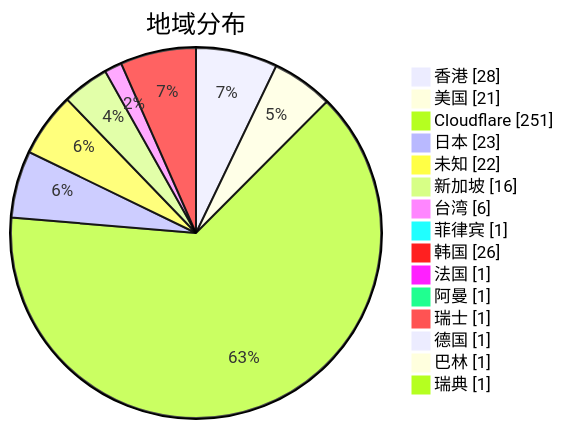
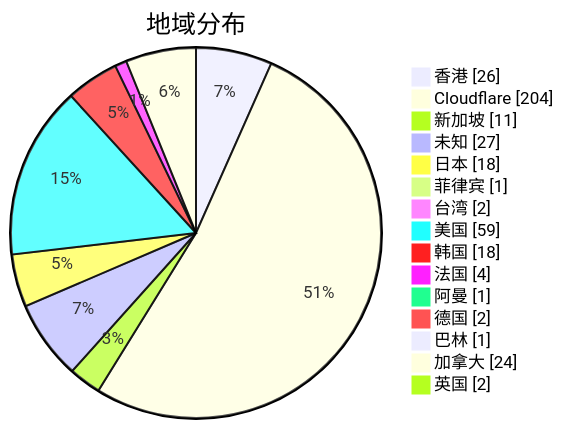
One commit to qjlxg/airport changed the second of 3 diagrams in subs/statistics/tested_within.md. Above: the diagram before and after it, drawn with Mermaid. The commit also changed other lines of this file and 2 other files, not shown here.

Commit message:
Tested by metaST

````diff
--- a/subs/statistics/tested_within.md
+++ b/subs/statistics/tested_within.md
@@ -14,19 +13,19 @@
 ```mermaid
 pie showData
 title 地域分布
-"香港" : 28
-"美国" : 21
-"Cloudflare" : 251
-"日本" : 23
-"未知" : 22
-"新加坡" : 16
-"台湾" : 6
+"香港" : 26
+"Cloudflare" : 204
+"新加坡" : 11
+"未知" : 27
+"日本" : 18
 "菲律宾" : 1
-"韩国" : 26
-"法国" : 1
+"台湾" : 2
+"美国" : 59
+"韩国" : 18
+"法国" : 4
 "阿曼" : 1
-"瑞士" : 1
-"德国" : 1
+"德国" : 2
 "巴林" : 1
-"瑞典" : 1
+"加拿大" : 24
+"英国" : 2
 ```
````
